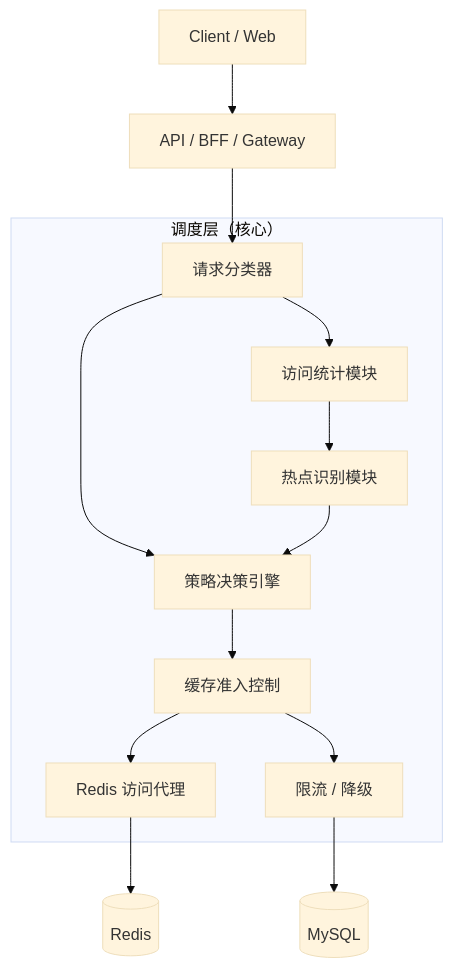
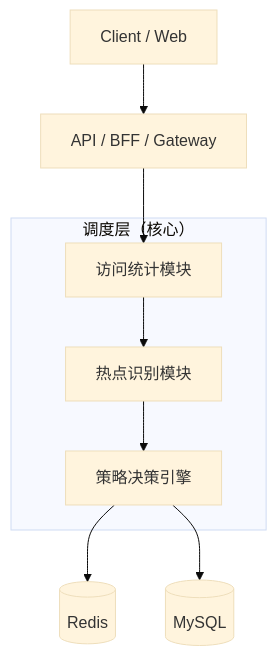
Before and after one commit to Silverhand-J/Ali-Intern: the diagram in README.md, drawn with Mermaid (base theme). The commit also changed other lines of this file and 2 other files, not shown here.

````diff
--- a/README.md
+++ b/README.md
@@ -18,38 +18,23 @@
 ```mermaid
 flowchart TD
     Client[Client / Web]
     Gateway[API / BFF / Gateway]
 
     subgraph Scheduler["调度层（核心）"]
-        RC[请求分类器]
         AM[访问统计模块]
-
+        HM[热点识别模块]
         DE[策略决策引擎]
-        HM[热点识别模块]
-
-        CC[缓存准入控制]
-        RP[Redis 访问代理]
-
-        LD[限流 / 降级]
     end
 
     DB[(MySQL)]
     Redis[(Redis)]
 
     Client --> Gateway
-    Gateway --> RC
-
-    RC --> AM
-    RC --> DE
+    Gateway --> AM
 
     AM --> HM
     HM --> DE
 
-    DE --> CC
-    CC --> RP
-
-    RP --> Redis
-
-    CC --> LD
-    LD --> DB
+    DE --> Redis
+    DE --> DB
 ```
````
